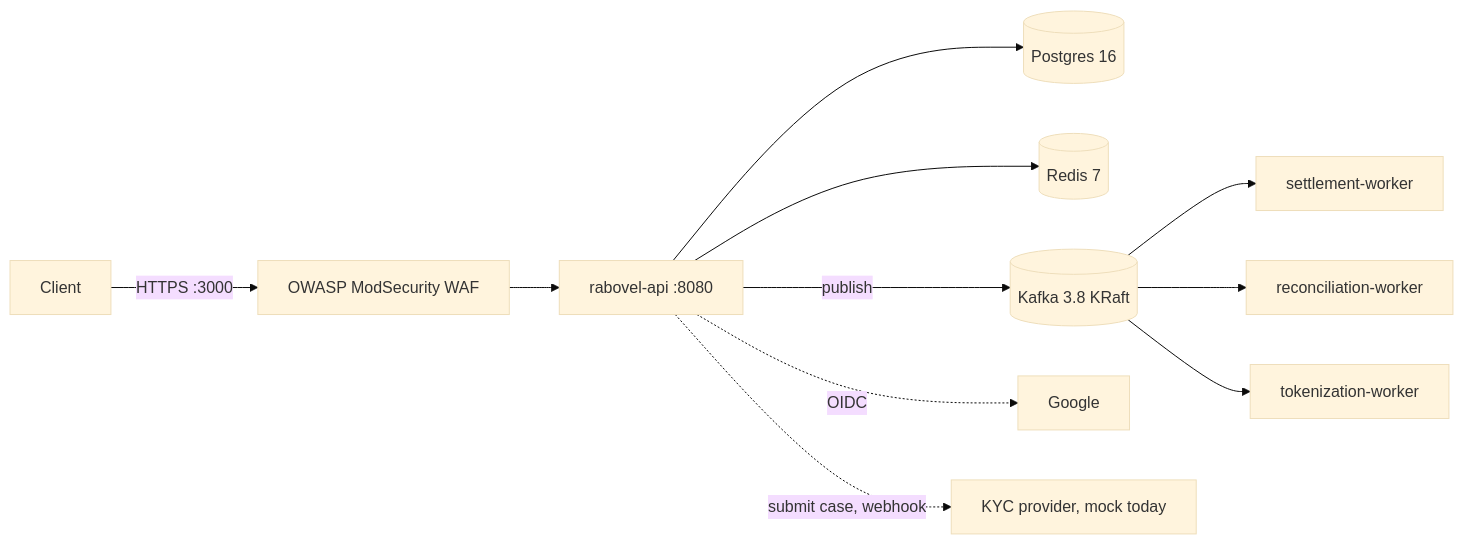
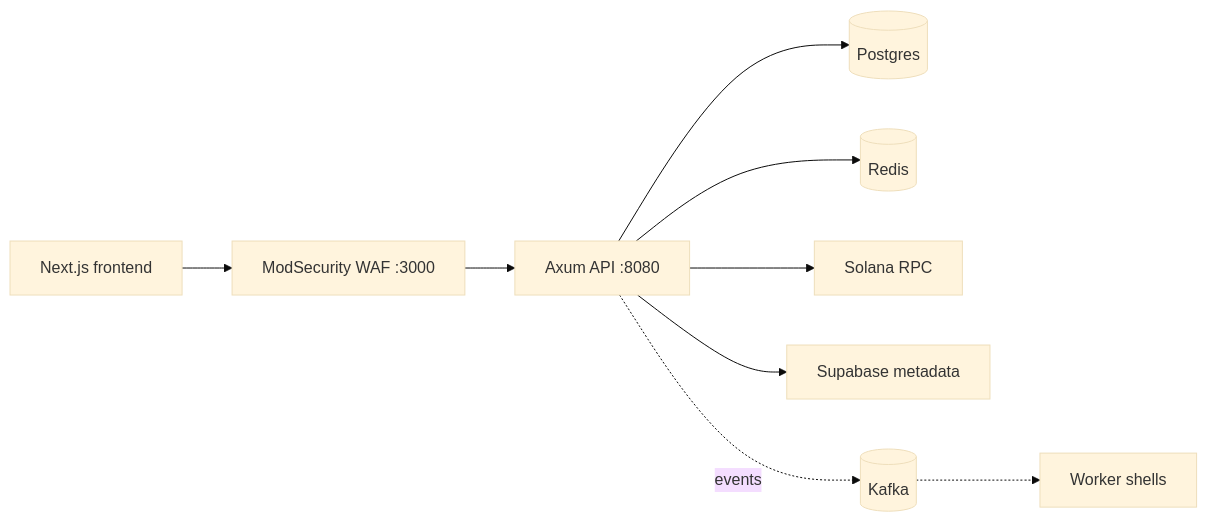
The diagram in rabovel-BE/README.md (dyenaan/rabovel-demo), drawn with Mermaid (base theme) before and after one commit. The commit also changed other lines of this file, not shown here.

````diff
--- a/rabovel-BE/README.md
+++ b/rabovel-BE/README.md
@@ -30,13 +9,11 @@
 ```mermaid
 flowchart LR
-    Client -->|HTTPS :3000| WAF[OWASP ModSecurity WAF]
-    WAF --> GW[rabovel-api :8080]
-    GW --> PG[(Postgres 16)]
-    GW --> RD[(Redis 7)]
-    GW -->|publish| K[(Kafka 3.8 KRaft)]
-    GW -.->|OIDC| Google
-    GW -.->|submit case, webhook| KYC[KYC provider, mock today]
-    K --> S[settlement-worker]
-    K --> R[reconciliation-worker]
-    K --> T[tokenization-worker]
+  FE[Next.js frontend] --> WAF[ModSecurity WAF :3000]
+  WAF --> API[Axum API :8080]
+  API --> PG[(Postgres)]
+  API --> RD[(Redis)]
+  API --> SOL[Solana RPC]
+  API --> SB[Supabase metadata]
+  API -. events .-> K[(Kafka)]
+  K -.-> WK[Worker shells]
 ```
````
